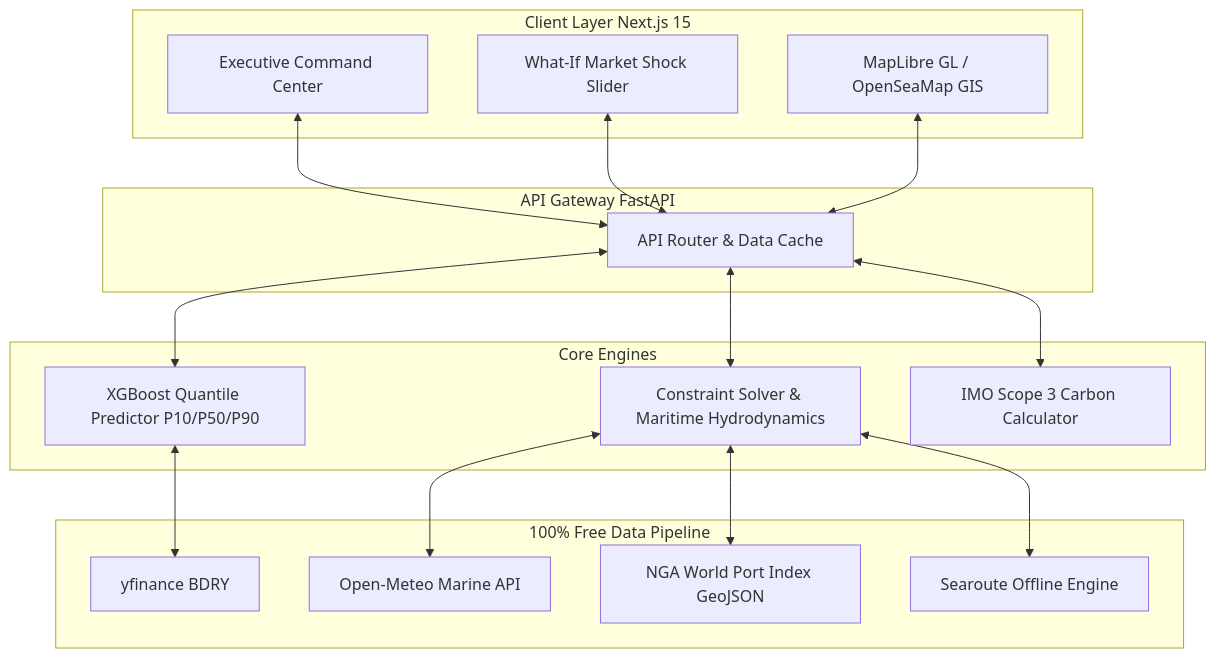
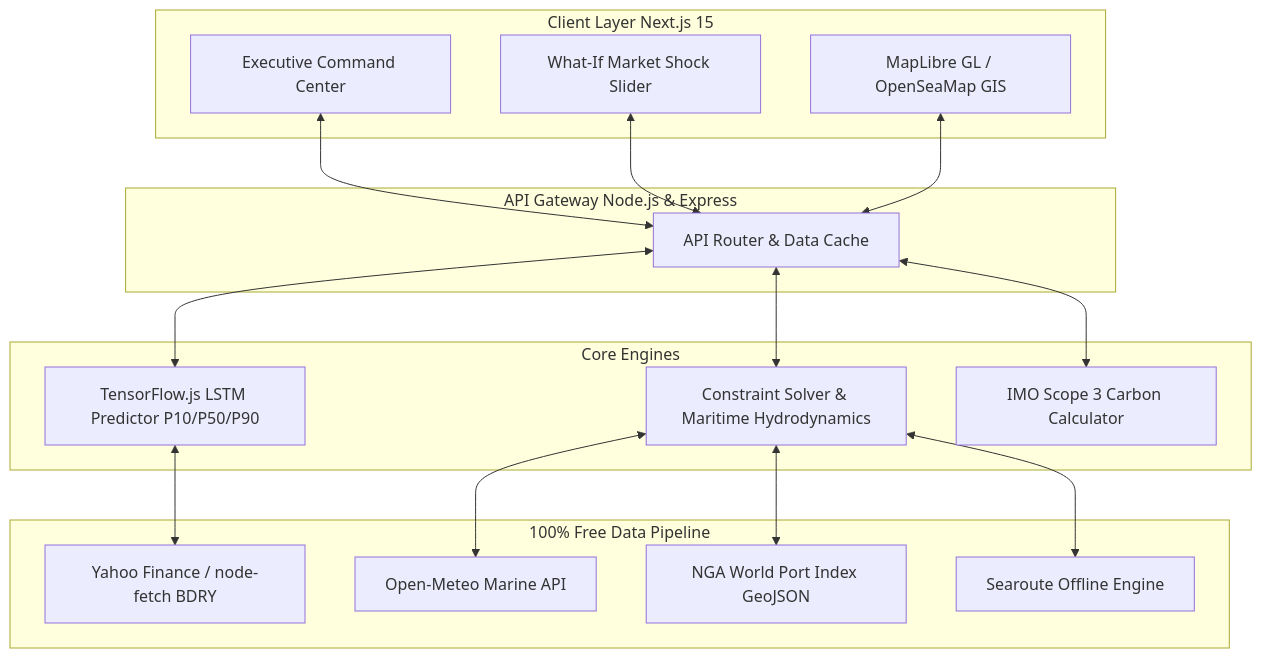
Before and after one commit to IamNishant51/KargoSetu: the first of 4 diagrams in Docs/08_System_Architecture_Diagrams.md, drawn with Mermaid. The commit also changed other lines of this file and 5 other files, not shown here.

Commit message:
docs: pivot backend architecture and ml models from Python to Node.js/TensorFlow.js

````diff
--- a/Docs/08_System_Architecture_Diagrams.md
+++ b/Docs/08_System_Architecture_Diagrams.md
@@ -7,38 +7,38 @@
 ```mermaid
 graph TD
     subgraph Client Layer Next.js 15
         UI[Executive Command Center]
         Sim[What-If Market Shock Slider]
         Map[MapLibre GL / OpenSeaMap GIS]
     end
 
-    subgraph API Gateway FastAPI
+    subgraph API Gateway Node.js & Express
         Router[API Router & Data Cache]
     end
 
     subgraph Core Engines
         Solver[Constraint Solver & Maritime Hydrodynamics]
-        MLEngine[XGBoost Quantile Predictor P10/P50/P90]
+        MLEngine[TensorFlow.js LSTM Predictor P10/P50/P90]
         ESG[IMO Scope 3 Carbon Calculator]
     end
 
     subgraph 100% Free Data Pipeline
-        YF[yfinance BDRY]
+        YF[Yahoo Finance / node-fetch BDRY]
         OM[Open-Meteo Marine API]
         WPI[NGA World Port Index GeoJSON]
         SR[Searoute Offline Engine]
     end
 
     UI <--> Router
     Sim <--> Router
     Map <--> Router
 
     Router <--> Solver
     Router <--> MLEngine
     Router <--> ESG
 
     MLEngine <--> YF
     Solver <--> OM
     Solver <--> WPI
     Solver <--> SR
 ```
````
